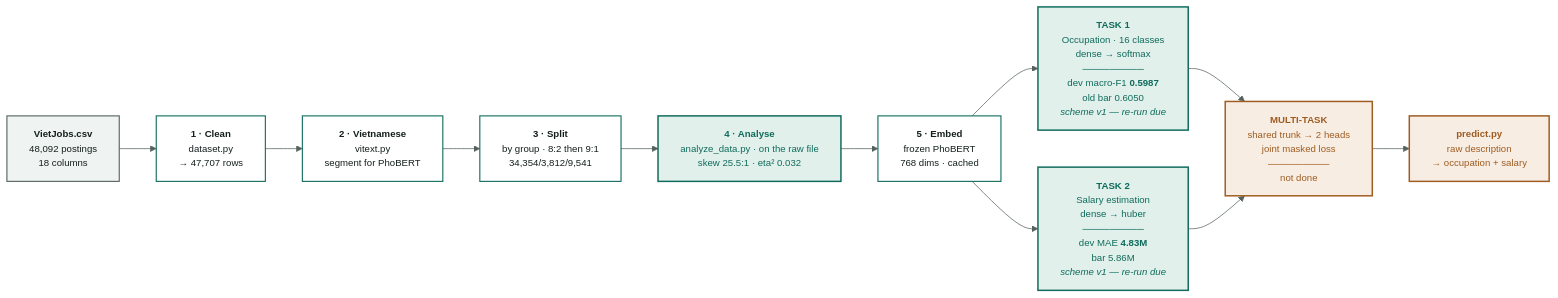
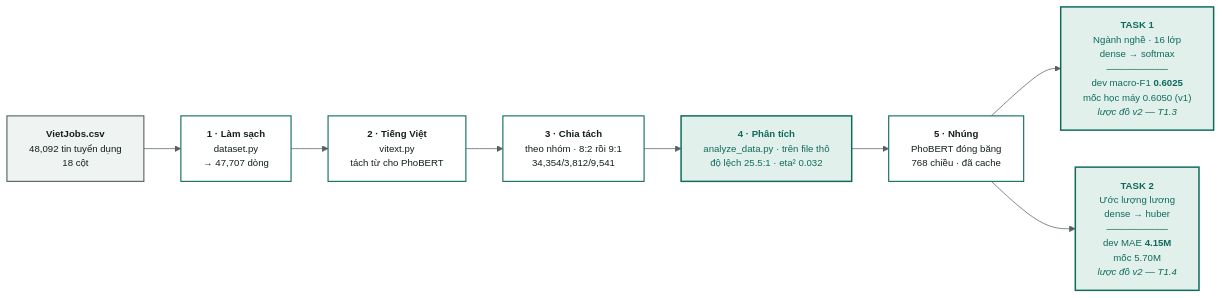
Before and after one commit to boy2407/vietjobs: the diagram in docs/00-tong-quan.md, drawn with Mermaid. The commit also changed other lines of this file and 50 other files, not shown here.

````diff
--- a/docs/00-tong-quan.md
+++ b/docs/00-tong-quan.md
@@ -35,34 +35,29 @@
 ```mermaid
 %%{init:{'theme':'base','themeVariables':{
   'primaryColor':'#EFF3F1','primaryTextColor':'#141F1D','primaryBorderColor':'#54625E',
   'lineColor':'#54625E','fontSize':'13px','fontFamily':'Be Vietnam Pro, Segoe UI, sans-serif',
   'clusterBkg':'#FFFFFF','clusterBorder':'#C3CFCB','edgeLabelBackground':'#FFFFFF',
   'secondaryColor':'#FFFFFF','tertiaryColor':'#FFFFFF','mainBkg':'#FFFFFF',
   'nodeTextColor':'#141F1D','titleColor':'#141F1D'}}}%%
 flowchart LR
     classDef default fill:#FFFFFF,stroke:#54625E,stroke-width:1.5px,color:#141F1D
-    RAW["<b>VietJobs.csv</b><br/>48,092 postings<br/>18 columns"]
-    CLEAN["<b>1 · Clean</b><br/>dataset.py<br/>→ 47,707 rows"]
-    VI["<b>2 · Vietnamese</b><br/>vitext.py<br/>segment for PhoBERT"]
-    SPLIT["<b>3 · Split</b><br/>by group · 8:2 then 9:1<br/>34,354/3,812/9,541"]
-    EDA["<b>4 · Analyse</b><br/>analyze_data.py · on the raw file<br/>skew 25.5:1 · eta² 0.032"]
-    ENC["<b>5 · Embed</b><br/>frozen PhoBERT<br/>768 dims · cached"]
-    A["<b>TASK 1</b><br/>Occupation · 16 classes<br/>dense → softmax<br/>─────────<br/>dev macro-F1 <b>0.5987</b><br/>old bar 0.6050<br/><i>scheme v1 — re-run due</i>"]
-    B["<b>TASK 2</b><br/>Salary estimation<br/>dense → huber<br/>─────────<br/>dev MAE <b>4.83M</b><br/>bar 5.86M<br/><i>scheme v1 — re-run due</i>"]
-    MT["<b>MULTI-TASK</b><br/>shared trunk → 2 heads<br/>joint masked loss<br/>─────────<br/>not done"]
-    SYS["<b>predict.py</b><br/>raw description<br/>→ occupation + salary"]
+    RAW["<b>VietJobs.csv</b><br/>48,092 tin tuyển dụng<br/>18 cột"]
+    CLEAN["<b>1 · Làm sạch</b><br/>dataset.py<br/>→ 47,707 dòng"]
+    VI["<b>2 · Tiếng Việt</b><br/>vitext.py<br/>tách từ cho PhoBERT"]
+    SPLIT["<b>3 · Chia tách</b><br/>theo nhóm · 8:2 rồi 9:1<br/>34,354/3,812/9,541"]
+    EDA["<b>4 · Phân tích</b><br/>analyze_data.py · trên file thô<br/>độ lệch 25.5:1 · eta² 0.032"]
+    ENC["<b>5 · Nhúng</b><br/>PhoBERT đóng băng<br/>768 chiều · đã cache"]
+    A["<b>TASK 1</b><br/>Ngành nghề · 16 lớp<br/>dense → softmax<br/>─────────<br/>dev macro-F1 <b>0.6025</b><br/>mốc học máy 0.6050 (v1)<br/><i>lược đồ v2 — T1.3</i>"]
+    B["<b>TASK 2</b><br/>Ước lượng lương<br/>dense → huber<br/>─────────<br/>dev MAE <b>4.15M</b><br/>mốc 5.70M<br/><i>lược đồ v2 — T1.4</i>"]
 
     RAW --> CLEAN --> VI --> SPLIT --> EDA --> ENC
-    ENC --> A --> MT
-    ENC --> B --> MT
-    MT --> SYS
+    ENC --> A
+    ENC --> B
 
     classDef done fill:#E2F0EC,stroke:#0E6B5B,stroke-width:2px,color:#0E6B5B
-    classDef todo fill:#F8EDE2,stroke:#9E5C22,stroke-width:2px,color:#9E5C22
     classDef ok fill:#FFFFFF,stroke:#0E6B5B,stroke-width:1.5px,color:#141F1D
     classDef data fill:#EFF3F1,stroke:#54625E,stroke-width:1.5px,color:#141F1D
     class RAW data
     class CLEAN,VI,SPLIT,ENC ok
     class EDA,A,B done
-    class MT,SYS todo
 ```
````
